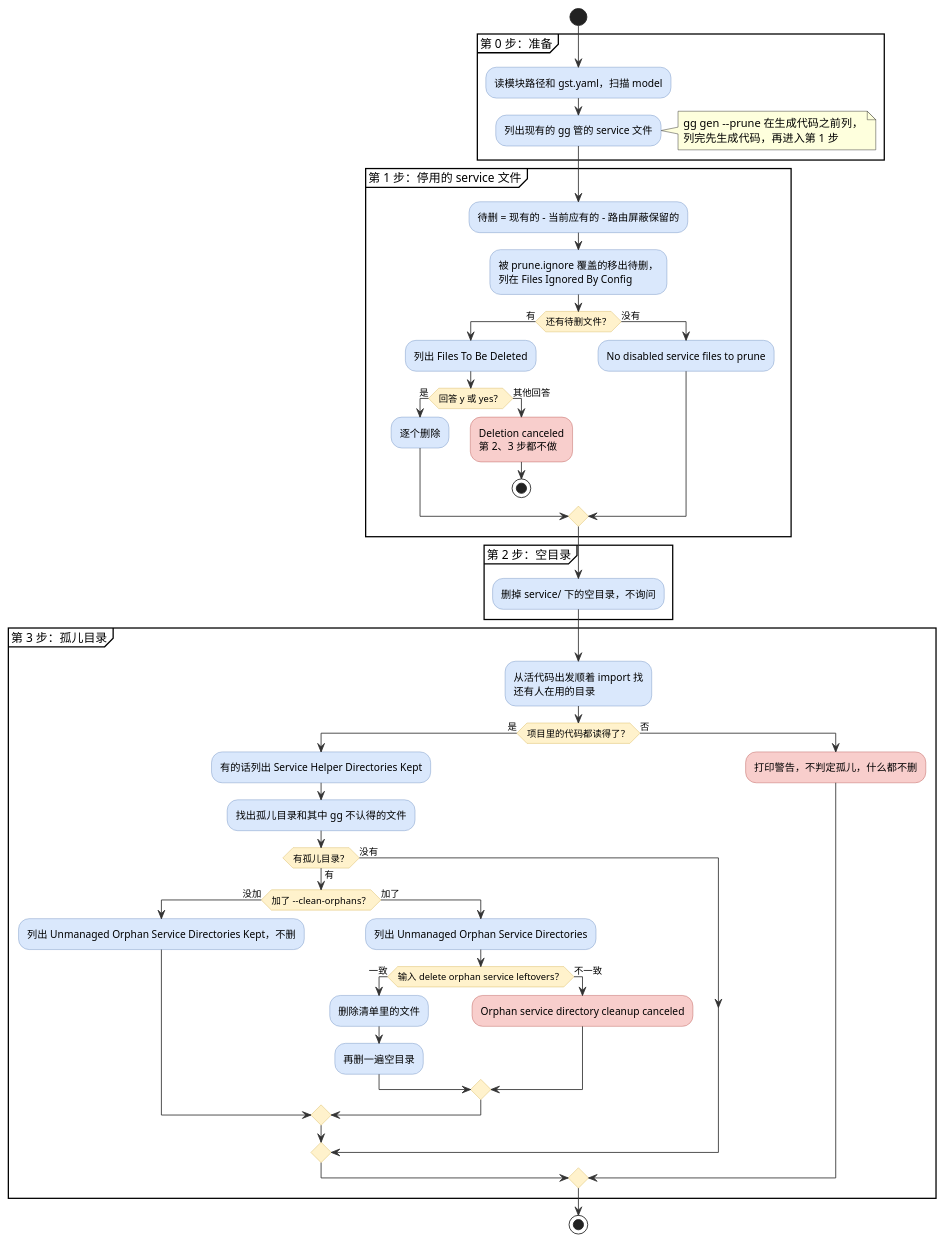
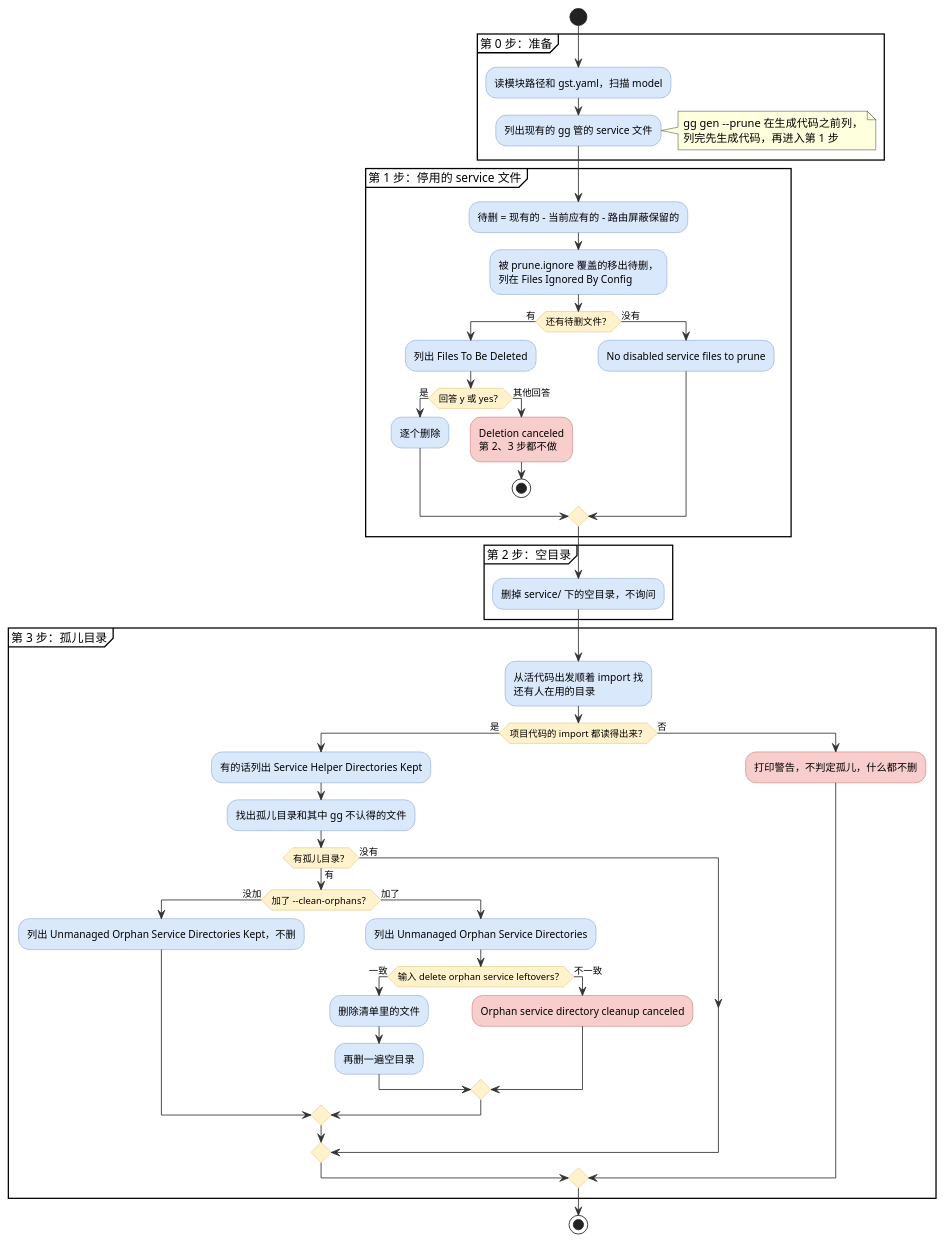
The first of 2 diagrams in cmd/gg/PRUNE.md (hydroan/gst), drawn with PlantUML before and after one commit. The commit also changed other lines of this file and 3 other files, not shown here.

````diff
--- a/cmd/gg/PRUNE.md
+++ b/cmd/gg/PRUNE.md
@@ -13,68 +13,68 @@
 ```plantuml
 @startuml
 skinparam activity {
   BackgroundColor #dae8fc
   BorderColor #6c8ebf
   ArrowColor #333333
   DiamondBackgroundColor #fff2cc
   DiamondBorderColor #d6b656
   BackgroundColor<<cancel>> #f8cecc
   BorderColor<<cancel>> #b85450
 }
 
 start
 partition "第 0 步：准备" {
   :读模块路径和 gst.yaml，扫描 model;
   :列出现有的 gg 管的 service 文件;
   note right
     gg gen --prune 在生成代码之前列，
     列完先生成代码，再进入第 1 步
   end note
 }
 partition "第 1 步：停用的 service 文件" {
   :待删 = 现有的 - 当前应有的 - 路由屏蔽保留的;
   :被 prune.ignore 覆盖的移出待删，
   列在 Files Ignored By Config;
   if (还有待删文件？) then (有)
     :列出 Files To Be Deleted;
     if (回答 y 或 yes？) then (是)
       :逐个删除;
     else (其他回答)
       :Deletion canceled
       第 2、3 步都不做; <<cancel>>
       stop
     endif
   else (没有)
     :No disabled service files to prune;
   endif
 }
 partition "第 2 步：空目录" {
   :删掉 service/ 下的空目录，不询问;
 }
 partition "第 3 步：孤儿目录" {
   :从活代码出发顺着 import 找
   还有人在用的目录;
-  if (项目里的代码都读得了？) then (是)
+  if (项目代码的 import 都读得出来？) then (是)
     :有的话列出 Service Helper Directories Kept;
     :找出孤儿目录和其中 gg 不认得的文件;
     if (有孤儿目录？) then (有)
       if (加了 --clean-orphans？) then (没加)
         :列出 Unmanaged Orphan Service Directories Kept，不删;
       else (加了)
         :列出 Unmanaged Orphan Service Directories;
         if (输入 delete orphan service leftovers？) then (一致)
           :删除清单里的文件;
           :再删一遍空目录;
         else (不一致)
           :Orphan service directory cleanup canceled; <<cancel>>
         endif
       endif
     else (没有)
     endif
   else (否)
     :打印警告，不判定孤儿，什么都不删; <<cancel>>
   endif
 }
 stop
 @enduml
 ```
````
